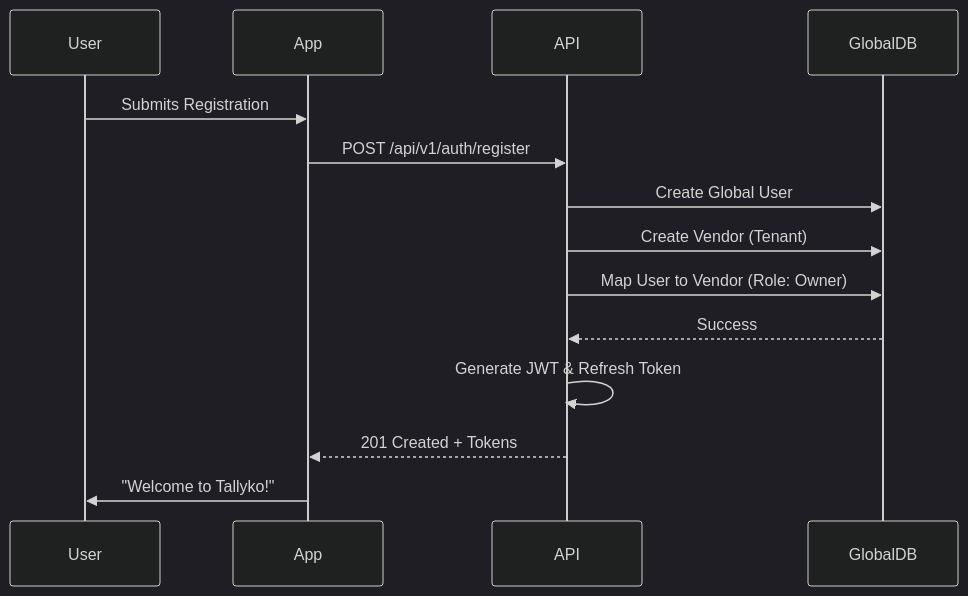
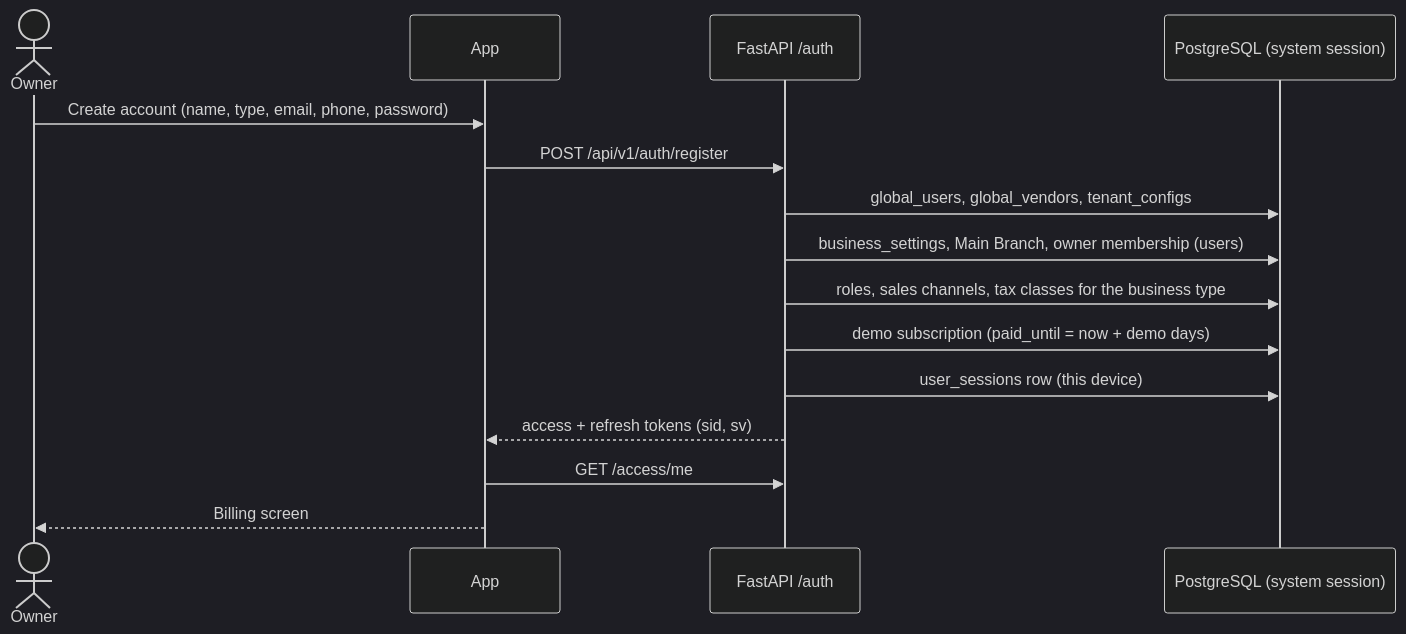
One commit to vishwajitvm/Tallyko changed the diagram in docs/features/001_Auth_And_Tenant_Setup.md. Above: the diagram before and after it, drawn with Mermaid (dark theme). The commit also changed other lines of this file and 773 other files, not shown here.

````diff
--- a/docs/features/001_Auth_And_Tenant_Setup.md
+++ b/docs/features/001_Auth_And_Tenant_Setup.md
@@ -72,20 +70,18 @@
 ```mermaid
 sequenceDiagram
-    participant User
+    actor Owner
     participant App
-    participant API
-    participant GlobalDB
+    participant API as FastAPI /auth
+    participant Sys as PostgreSQL (system session)
 
-    User->>App: Submits Registration
+    Owner->>App: Create account (name, type, email, phone, password)
     App->>API: POST /api/v1/auth/register
-    
-    API->>GlobalDB: Create Global User
-    API->>GlobalDB: Create Vendor (Tenant)
-    API->>GlobalDB: Map User to Vendor (Role: Owner)
-    
-    GlobalDB-->>API: Success
-    API->>API: Generate JWT & Refresh Token
-    API-->>App: 201 Created + Tokens
-    
-    App->>User: "Welcome to Tallyko!"
+    API->>Sys: global_users, global_vendors, tenant_configs
+    API->>Sys: business_settings, Main Branch, owner membership (users)
+    API->>Sys: roles, sales channels, tax classes for the business type
+    API->>Sys: demo subscription (paid_until = now + demo days)
+    API->>Sys: user_sessions row (this device)
+    API-->>App: access + refresh tokens (sid, sv)
+    App->>API: GET /access/me
+    App-->>Owner: Billing screen
 ```
````
